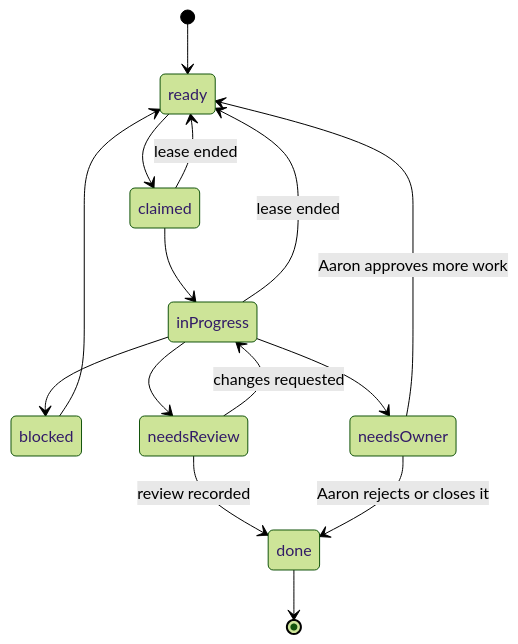
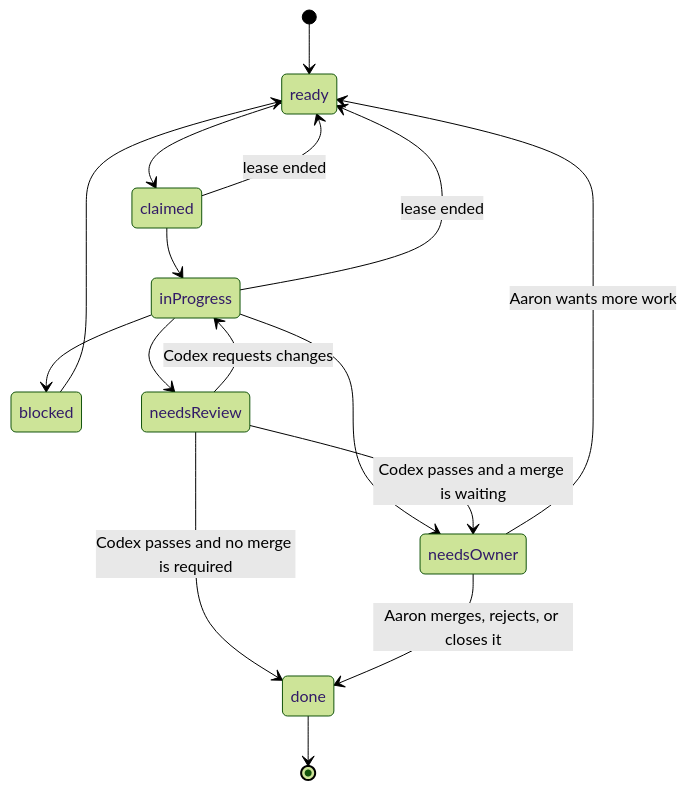
The second of 2 diagrams in ARCHITECTURE.md (AStrasler/Egeregore), drawn with Mermaid (forest theme) before and after one commit. The commit also changed other lines of this file and 7 other files, not shown here.

````diff
--- a/ARCHITECTURE.md
+++ b/ARCHITECTURE.md
@@ -55,17 +55,18 @@
 ```mermaid
 stateDiagram-v2
   [*] --> ready
   ready --> claimed
   claimed --> inProgress
   claimed --> ready: lease ended
   inProgress --> ready: lease ended
   inProgress --> blocked
   inProgress --> needsReview
   inProgress --> needsOwner
-  needsReview --> inProgress: changes requested
-  needsReview --> done: review recorded
-  needsOwner --> ready: Aaron approves more work
-  needsOwner --> done: Aaron rejects or closes it
+  needsReview --> inProgress: Codex requests changes
+  needsReview --> needsOwner: Codex passes and a merge is waiting
+  needsReview --> done: Codex passes and no merge is required
+  needsOwner --> ready: Aaron wants more work
+  needsOwner --> done: Aaron merges, rejects, or closes it
   blocked --> ready
   done --> [*]
 ```
````
